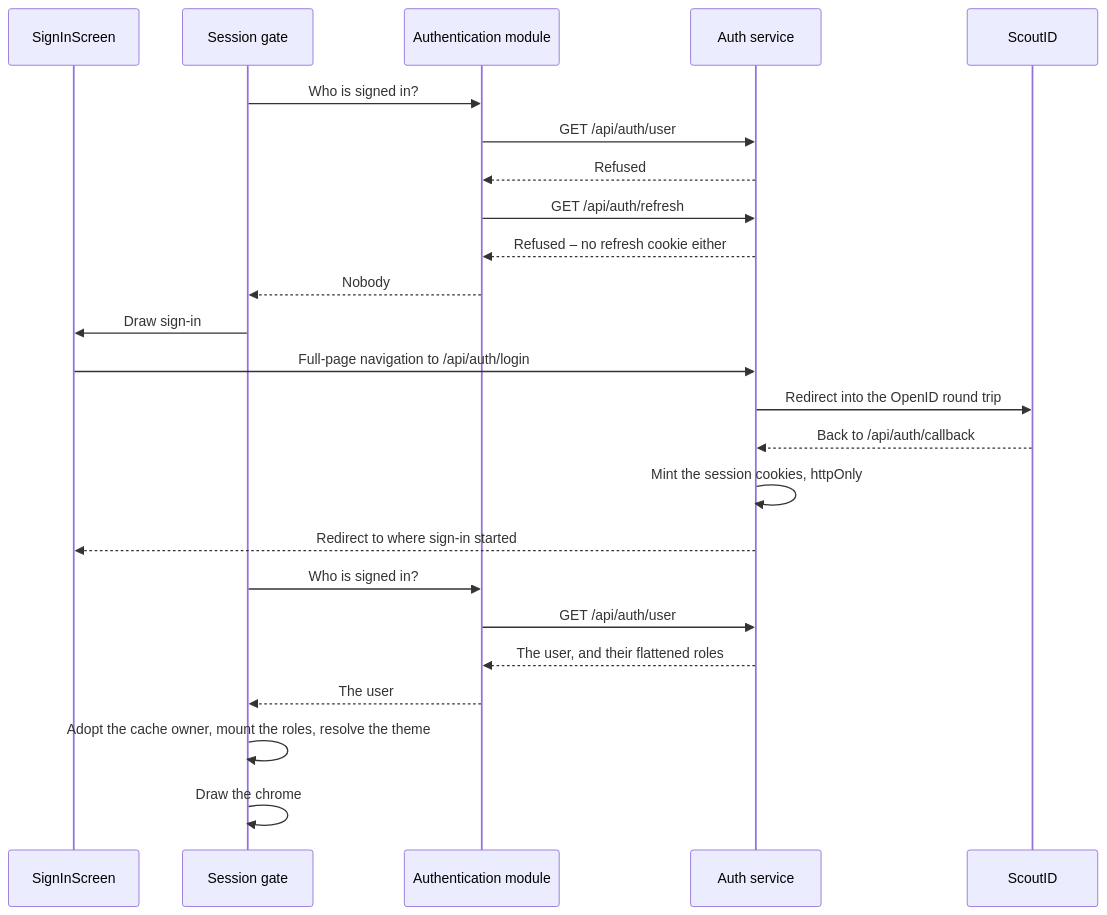
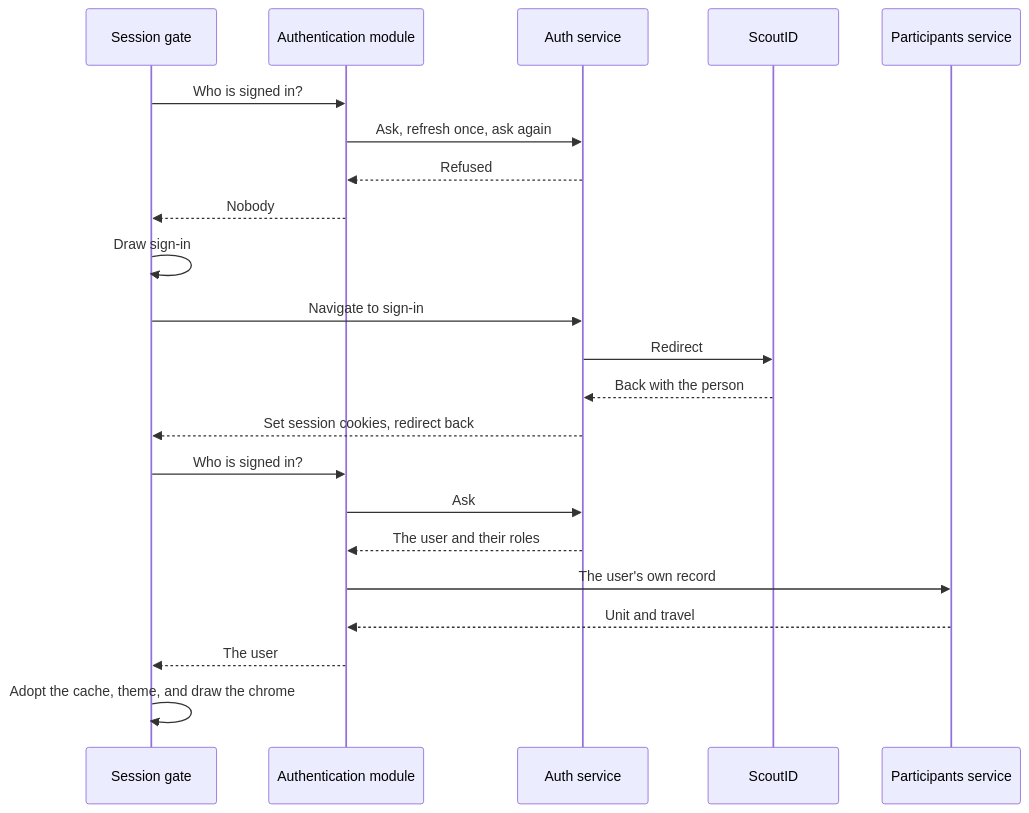
One commit to Scouterna/wsj27-campfire changed the diagram in docs/guidebook/architecture/example-flows/sign-in.md. Above: the diagram before and after it, drawn with Mermaid. The commit also changed other lines of this file and 93 other files, not shown here.

````diff
--- a/docs/guidebook/architecture/example-flows/sign-in.md
+++ b/docs/guidebook/architecture/example-flows/sign-in.md
@@ -11,29 +9,27 @@
 ```mermaid
 sequenceDiagram
-  participant Screen as SignInScreen
   participant Gate as Session gate
   participant Auth as Authentication module
   participant Service as Auth service
   participant ScoutID
+  participant List as Participants service
 
   Gate->>Auth: Who is signed in?
-  Auth->>Service: GET /api/auth/user
+  Auth->>Service: Ask, refresh once, ask again
   Service-->>Auth: Refused
-  Auth->>Service: GET /api/auth/refresh
-  Service-->>Auth: Refused – no refresh cookie either
   Auth-->>Gate: Nobody
-  Gate->>Screen: Draw sign-in
+  Gate->>Gate: Draw sign-in
 
-  Screen->>Service: Full-page navigation to /api/auth/login
-  Service->>ScoutID: Redirect into the OpenID round trip
-  ScoutID-->>Service: Back to /api/auth/callback
-  Service->>Service: Mint the session cookies, httpOnly
-  Service-->>Screen: Redirect to where sign-in started
+  Gate->>Service: Navigate to sign-in
+  Service->>ScoutID: Redirect
+  ScoutID-->>Service: Back with the person
+  Service-->>Gate: Set session cookies, redirect back
 
   Gate->>Auth: Who is signed in?
-  Auth->>Service: GET /api/auth/user
-  Service-->>Auth: The user, and their flattened roles
+  Auth->>Service: Ask
+  Service-->>Auth: The user and their roles
+  Auth->>List: The user's own record
+  List-->>Auth: Unit and travel
   Auth-->>Gate: The user
-  Gate->>Gate: Adopt the cache owner, mount the roles, resolve the theme
-  Gate->>Gate: Draw the chrome
+  Gate->>Gate: Adopt the cache, theme, and draw the chrome
 ```
````
